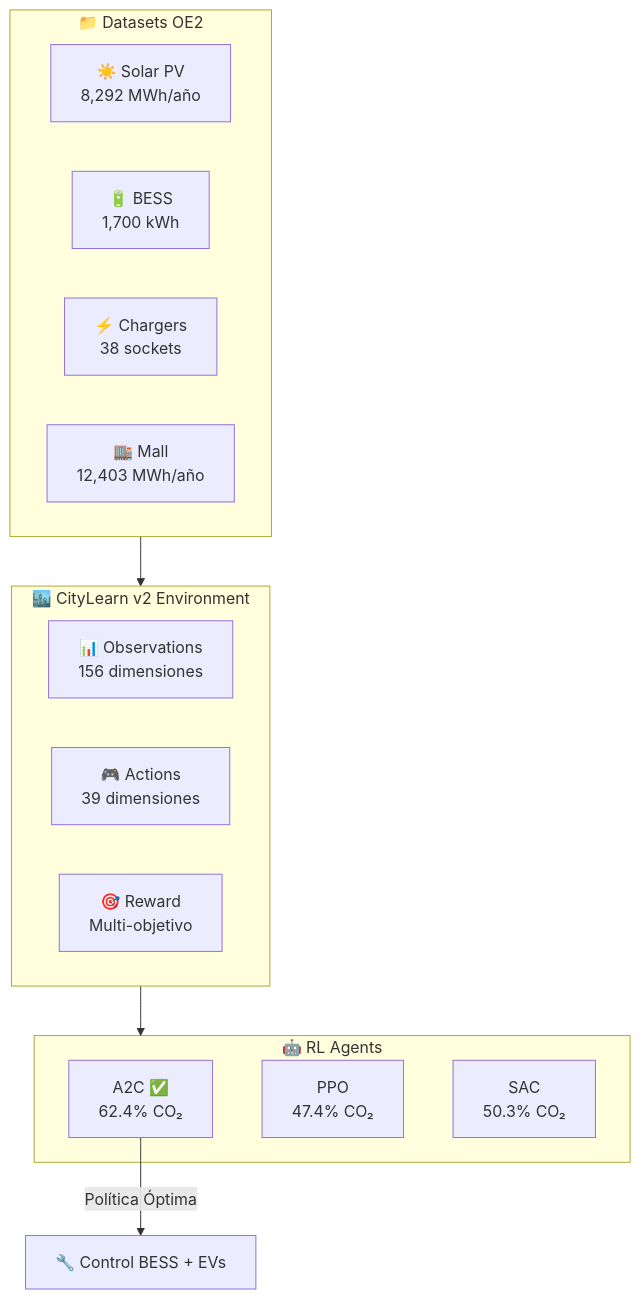
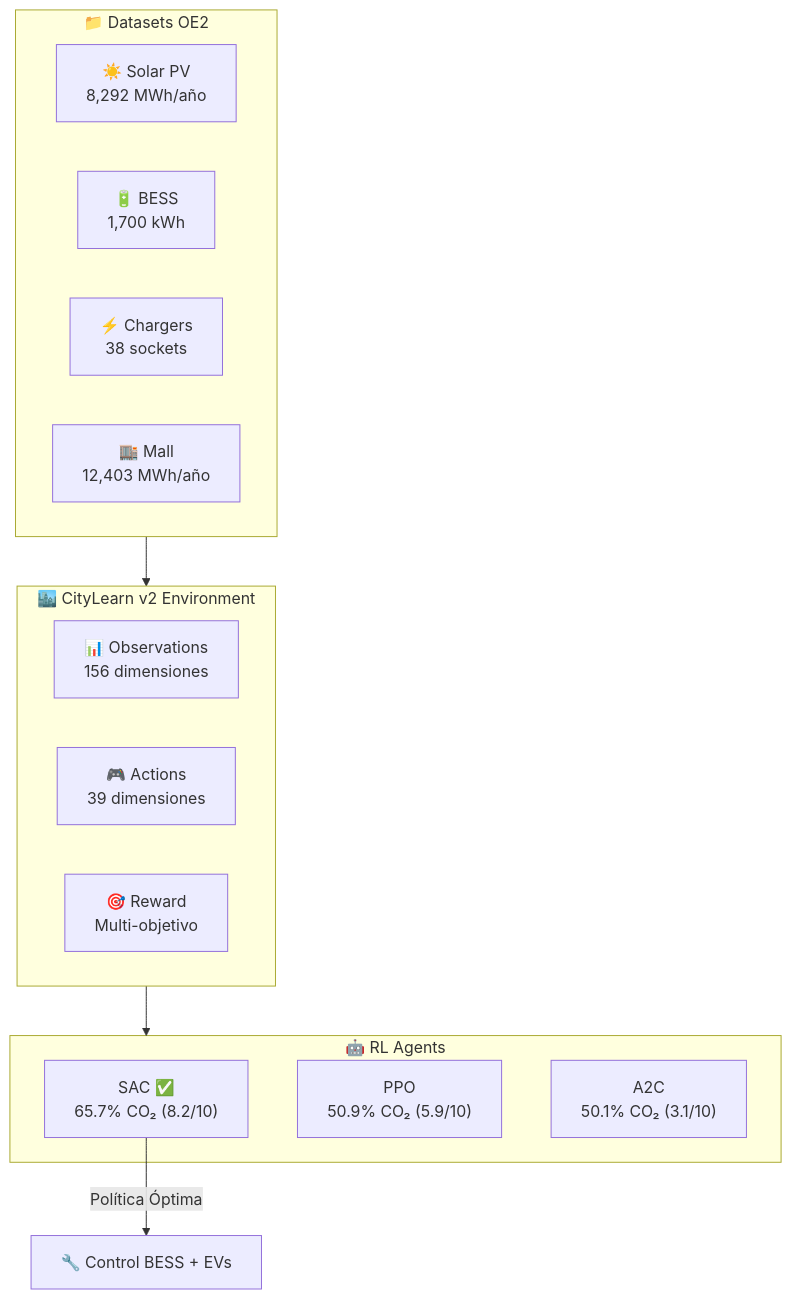
The diagram in README.md (Mac-Tapia/dise-opvbesscar), drawn with Mermaid before and after one commit. The commit also changed other lines of this file and 384 other files, not shown here.

````diff
--- a/README.md
+++ b/README.md
@@ -125,25 +125,25 @@
 ```mermaid
 graph TB
     subgraph ENV["🏙️ CityLearn v2 Environment"]
         OBS["📊 Observations<br/>156 dimensiones"]
         ACT["🎮 Actions<br/>39 dimensiones"]
         REW["🎯 Reward<br/>Multi-objetivo"]
     end
     
     subgraph DATA["📁 Datasets OE2"]
         SOLAR["☀️ Solar PV<br/>8,292 MWh/año"]
         BESS["🔋 BESS<br/>1,700 kWh"]
         CHARGERS["⚡ Chargers<br/>38 sockets"]
         MALL["🏬 Mall<br/>12,403 MWh/año"]
     end
     
     subgraph AGENTS["🤖 RL Agents"]
-        A2C["A2C ✅<br/>62.4% CO₂"]
-        PPO["PPO<br/>47.4% CO₂"]
-        SAC["SAC<br/>50.3% CO₂"]
+        SAC["SAC ✅<br/>65.7% CO₂ (8.2/10)"]
+        PPO["PPO<br/>50.9% CO₂ (5.9/10)"]
+        A2C["A2C<br/>50.1% CO₂ (3.1/10)"]
     end
     
     DATA --> ENV
     ENV --> AGENTS
-    A2C --> |"Política Óptima"|CTRL["🔧 Control BESS + EVs"]
+    SAC --> |"Política Óptima"|CTRL["🔧 Control BESS + EVs"]
 ```
````
